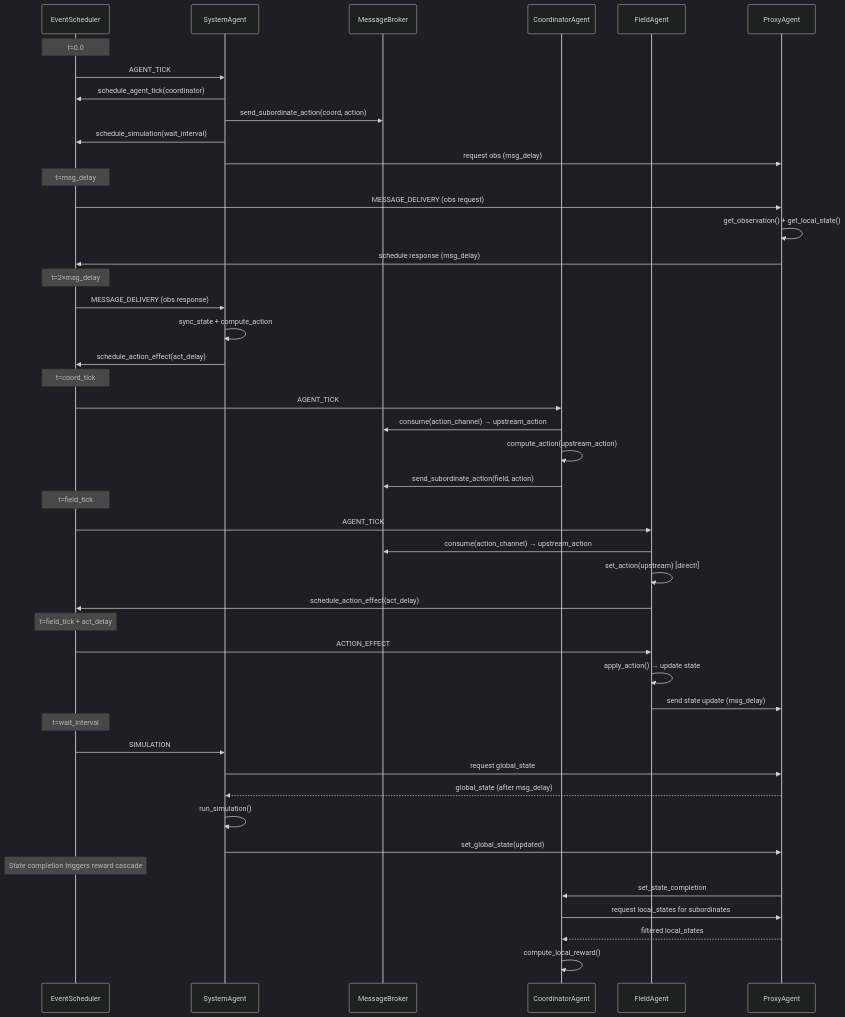
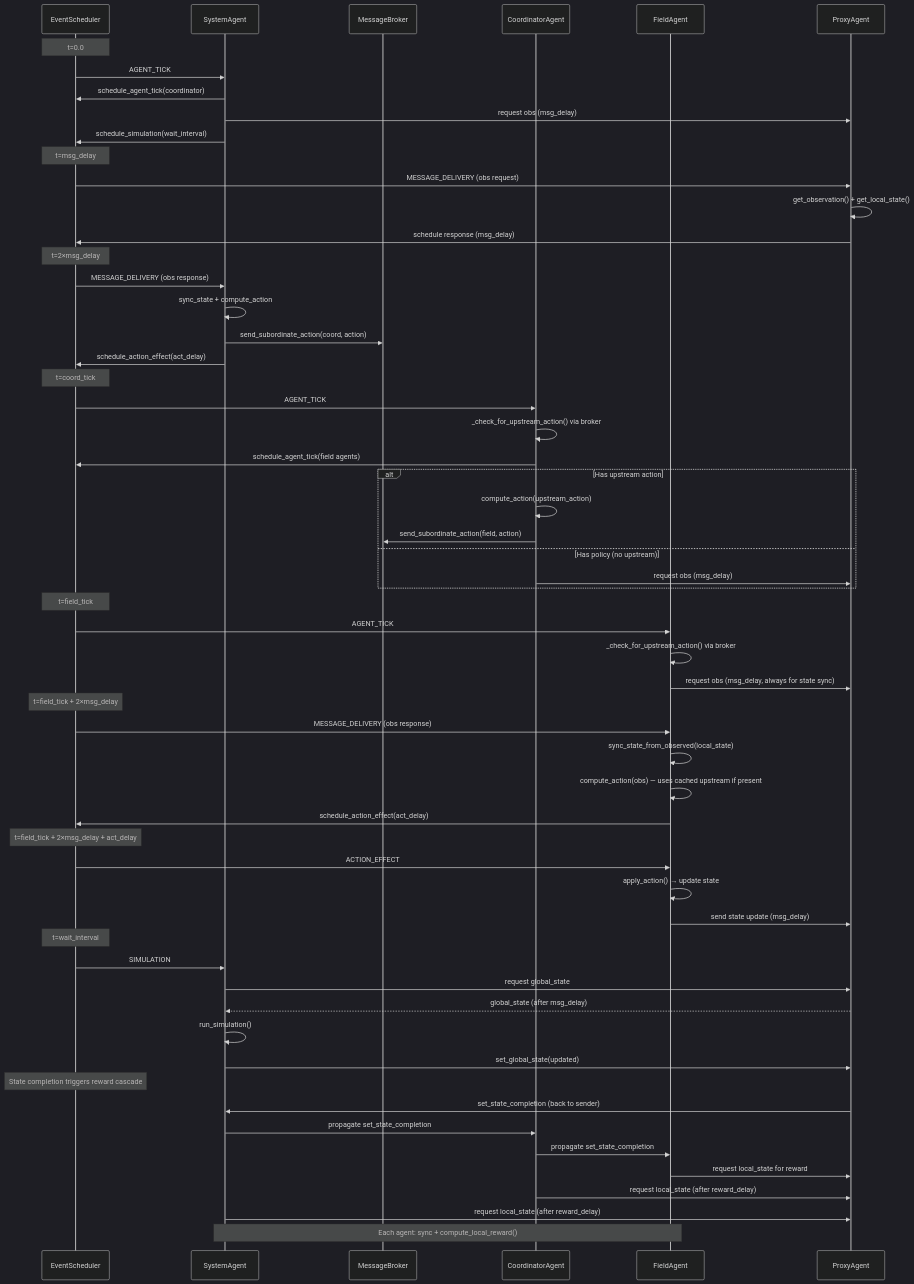
One commit to Criss-Wang/PowerGym changed the third of 14 diagrams in docs/design/HERON_FLOW_DIAGRAMS.md. Above: the diagram before and after it, drawn with Mermaid (dark theme). The commit also changed other lines of this file and 13 other files, not shown here.

````diff
--- a/docs/design/HERON_FLOW_DIAGRAMS.md
+++ b/docs/design/HERON_FLOW_DIAGRAMS.md
@@ -136,56 +136,69 @@
 ```mermaid
 sequenceDiagram
     participant ES as EventScheduler
     participant SYS as SystemAgent
     participant BK as MessageBroker
     participant COORD as CoordinatorAgent
     participant FA as FieldAgent
     participant PX as ProxyAgent
 
     Note over ES: t=0.0
     ES->>SYS: AGENT_TICK
     SYS->>ES: schedule_agent_tick(coordinator)
-    SYS->>BK: send_subordinate_action(coord, action)
+    SYS->>PX: request obs (msg_delay)
     SYS->>ES: schedule_simulation(wait_interval)
-    SYS->>PX: request obs (msg_delay)
 
     Note over ES: t=msg_delay
     ES->>PX: MESSAGE_DELIVERY (obs request)
     PX->>PX: get_observation() + get_local_state()
     PX->>ES: schedule response (msg_delay)
 
     Note over ES: t=2×msg_delay
     ES->>SYS: MESSAGE_DELIVERY (obs response)
     SYS->>SYS: sync_state + compute_action
+    SYS->>BK: send_subordinate_action(coord, action)
     SYS->>ES: schedule_action_effect(act_delay)
 
     Note over ES: t=coord_tick
     ES->>COORD: AGENT_TICK
-    COORD->>BK: consume(action_channel) → upstream_action
-    COORD->>COORD: compute_action(upstream_action)
-    COORD->>BK: send_subordinate_action(field, action)
+    COORD->>COORD: _check_for_upstream_action() via broker
+    COORD->>ES: schedule_agent_tick(field agents)
+    alt Has upstream action
+        COORD->>COORD: compute_action(upstream_action)
+        COORD->>BK: send_subordinate_action(field, action)
+    else Has policy (no upstream)
+        COORD->>PX: request obs (msg_delay)
+    end
 
     Note over ES: t=field_tick
     ES->>FA: AGENT_TICK
-    FA->>BK: consume(action_channel) → upstream_action
-    FA->>FA: set_action(upstream) [direct!]
+    FA->>FA: _check_for_upstream_action() via broker
+    FA->>PX: request obs (msg_delay, always for state sync)
+
+    Note over ES: t=field_tick + 2×msg_delay
+    ES->>FA: MESSAGE_DELIVERY (obs response)
+    FA->>FA: sync_state_from_observed(local_state)
+    FA->>FA: compute_action(obs) — uses cached upstream if present
     FA->>ES: schedule_action_effect(act_delay)
 
-    Note over ES: t=field_tick + act_delay
+    Note over ES: t=field_tick + 2×msg_delay + act_delay
     ES->>FA: ACTION_EFFECT
     FA->>FA: apply_action() → update state
     FA->>PX: send state update (msg_delay)
 
     Note over ES: t=wait_interval
     ES->>SYS: SIMULATION
     SYS->>PX: request global_state
     PX-->>SYS: global_state (after msg_delay)
     SYS->>SYS: run_simulation()
     SYS->>PX: set_global_state(updated)
 
     Note over ES: State completion triggers reward cascade
-    PX->>COORD: set_state_completion
-    COORD->>PX: request local_states for subordinates
-    PX-->>COORD: filtered local_states
-    COORD->>COORD: compute_local_reward()
+    PX->>SYS: set_state_completion (back to sender)
+    SYS->>COORD: propagate set_state_completion
+    COORD->>FA: propagate set_state_completion
+    FA->>PX: request local_state for reward
+    COORD->>PX: request local_state (after reward_delay)
+    SYS->>PX: request local_state (after reward_delay)
+    Note over FA,SYS: Each agent: sync + compute_local_reward()
 ```
````
